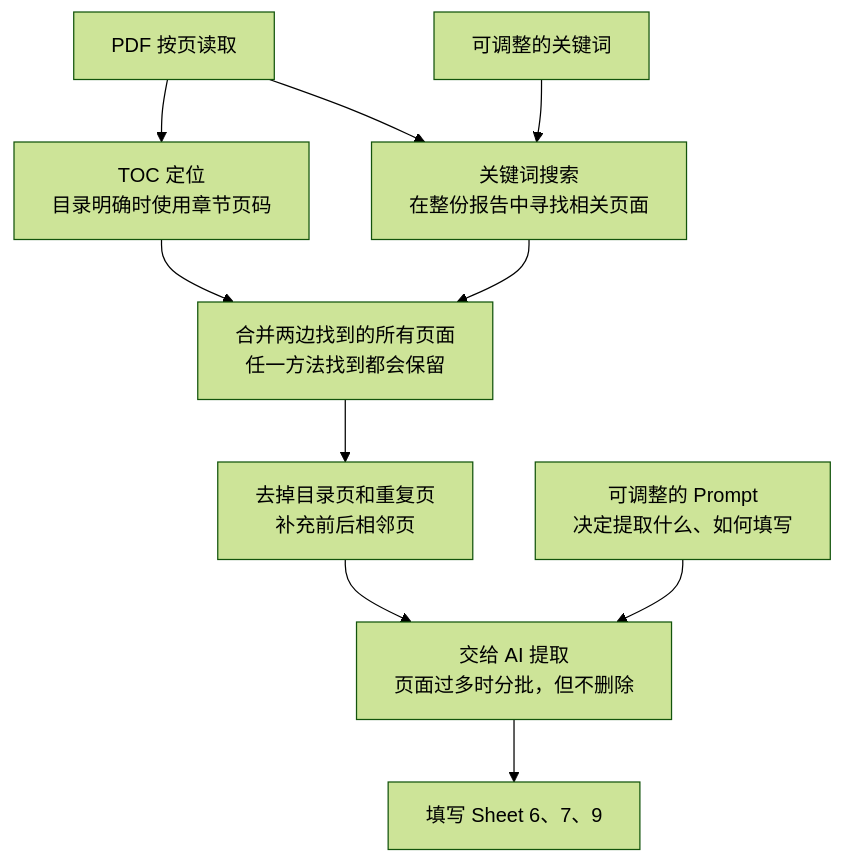
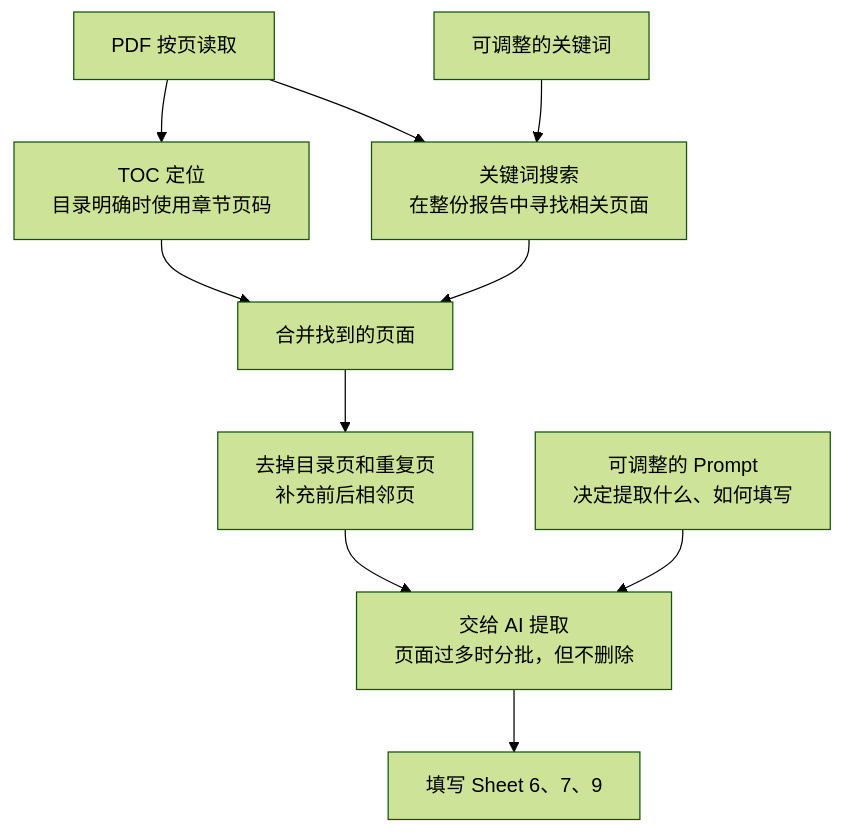
One commit to EY-AI-Assurance/SOC-audit changed the diagram in README.md. Above: the diagram before and after it, drawn with Mermaid (forest theme). The commit also changed other lines of this file and 7 other files, not shown here.

````diff
--- a/README.md
+++ b/README.md
@@ -140,17 +99,15 @@
 ```mermaid
 flowchart TD
     A["PDF 按页读取"] --> B["TOC 定位<br/>目录明确时使用章节页码"]
     A --> C["关键词搜索<br/>在整份报告中寻找相关页面"]
-
     K["可调整的关键词"] --> C
-
-    B --> D["合并两边找到的所有页面<br/>任一方法找到都会保留"]
+    B --> D["合并找到的页面"]
     C --> D
     D --> E["去掉目录页和重复页<br/>补充前后相邻页"]
 
     E --> F["交给 AI 提取<br/>页面过多时分批，但不删除"]
 
     P["可调整的 Prompt<br/>决定提取什么、如何填写"] --> F
 
     F --> G["填写 Sheet 6、7、9"]
 ```
````
